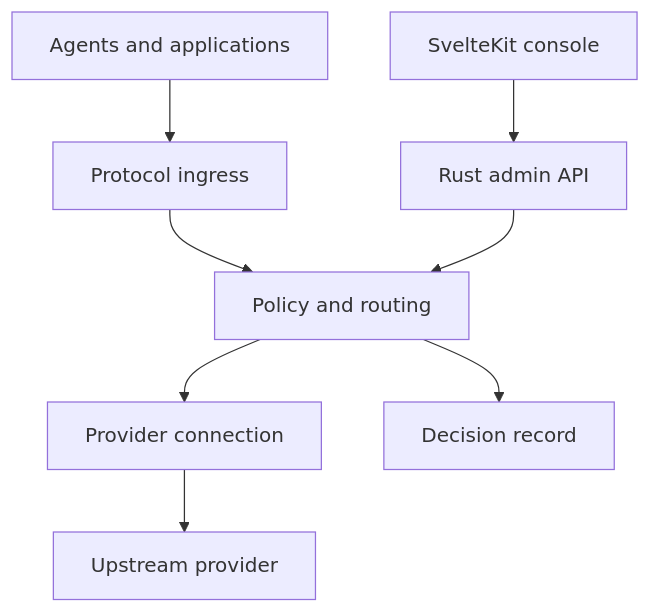
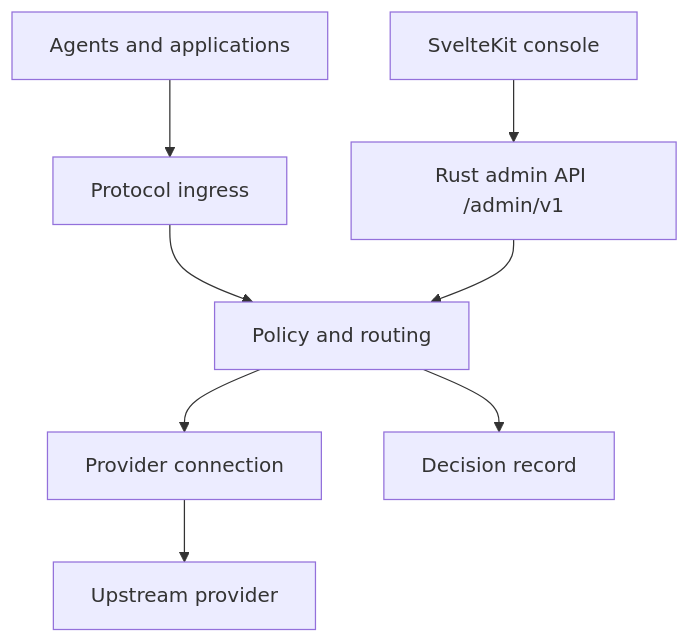
Before and after one commit to vkdprojects/vkdg: the diagram in README.md, drawn with Mermaid. The commit also changed other lines of this file and 9 other files, not shown here.

````diff
--- a/README.md
+++ b/README.md
@@ -30,10 +34,10 @@
 ```mermaid
 flowchart TB
   C["Agents and applications"] --> I["Protocol ingress"]
   I --> R["Policy and routing"]
   R --> A["Provider connection"]
   A --> P["Upstream provider"]
   R --> O["Decision record"]
-  U["SvelteKit console"] --> M["Rust admin API"]
+  U["SvelteKit console"] --> M["Rust admin API /admin/v1"]
   M --> R
 ```
````
